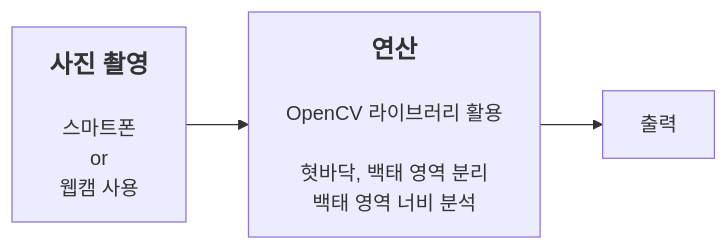
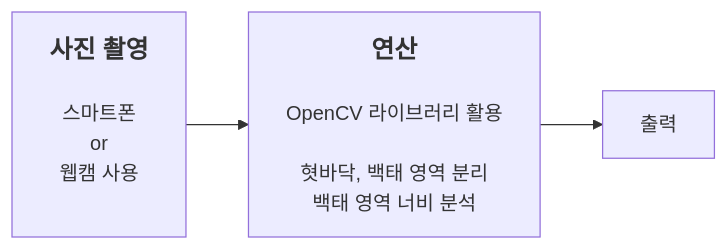
One commit to 201710808/-p changed the diagram in Readme.md. Above: the diagram before and after it, drawn with Mermaid.

````diff
--- a/Readme.md
+++ b/Readme.md
@@ -3,5 +3,5 @@
 ```mermaid
 graph LR
-A[<b><span style='font-size:20px'>사진 촬영</span></b><br><br>스마트폰\nor\n웹캠 사용<br>]-->B[<b><span style='font-size:20px'>연산</span></b><br><br>OpenCV 라이브러리 활용<br><br>혓바닥, 백태 영역 분리<br>백태 영역 너비 분석]
+A[<b><span style='font-size:20px'>사진 촬영</span></b><br><br>스마트폰\nor\n웹캠 사용<br><br>]-->B[<b><span style='font-size:20px'>연산</span></b><br><br>OpenCV 라이브러리 활용<br><br>혓바닥, 백태 영역 분리<br>백태 영역 너비 분석]
 B-->C[출력]
 ```
````
